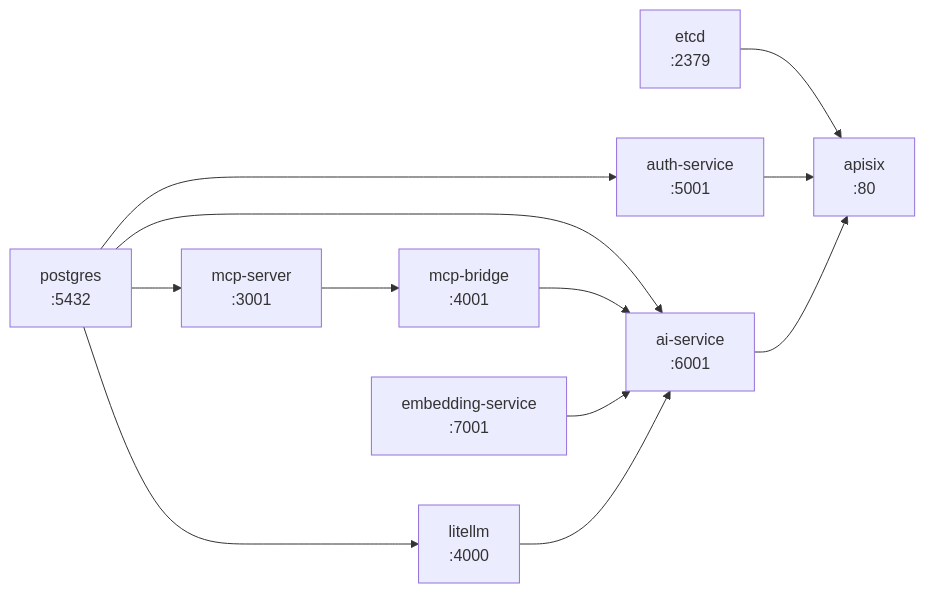
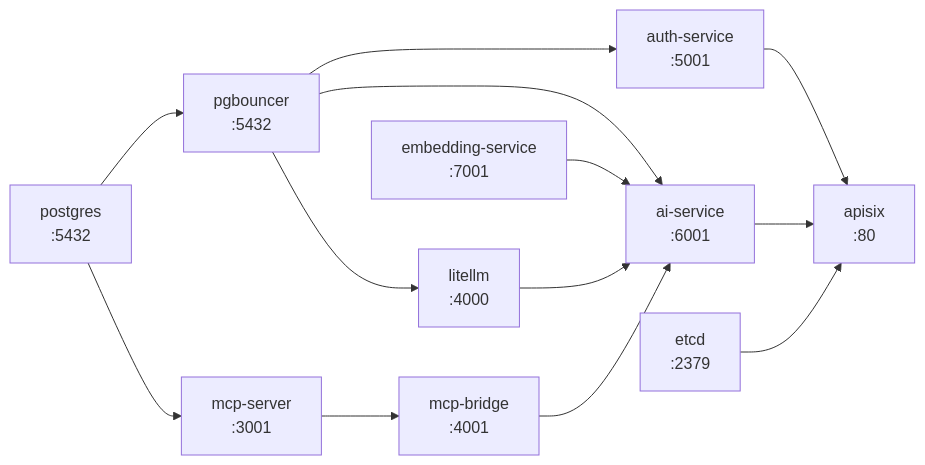
The second of 23 diagrams in DattoLLM-main/ARCHITECTURE.md (impie0/dattobrain), drawn with Mermaid before and after one commit. The commit also changed other lines of this file and 63 other files, not shown here.

First line of the commit message:
v2.0.0 — Phase 0 security hardening + knowledge graph sync

````diff
--- a/DattoLLM-main/ARCHITECTURE.md
+++ b/DattoLLM-main/ARCHITECTURE.md
@@ -141,14 +144,15 @@
 ```mermaid
 graph LR
-    PG["postgres\n:5432"] --> MCP["mcp-server\n:3001"]
-    PG --> Auth["auth-service\n:5001"]
-    PG --> AI["ai-service\n:6001"]
-    PG --> LiteLLM["litellm\n:4000"]
+    PG["postgres\n:5432"] --> PGB["pgbouncer\n:5432"]
+    PG --> MCP["mcp-server\n:3001"]
+    PGB --> Auth["auth-service\n:5001"]
+    PGB --> AI["ai-service\n:6001"]
+    PGB --> LiteLLM["litellm\n:4000"]
     MCP --> Bridge["mcp-bridge\n:4001"]
     Bridge --> AI
     Embed["embedding-service\n:7001"] --> AI
     LiteLLM --> AI
     Etcd["etcd\n:2379"] --> APISIX["apisix\n:80"]
     Auth --> APISIX
     AI --> APISIX
 ```
````
